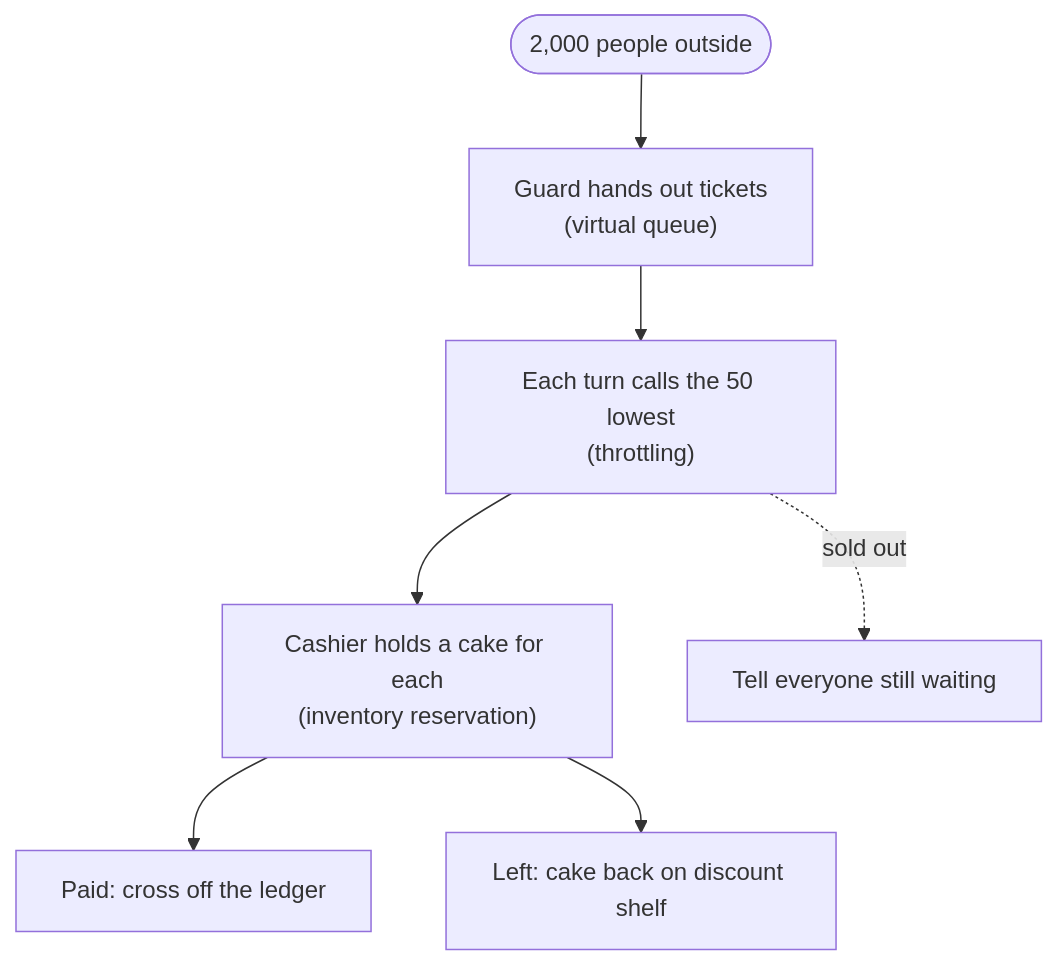
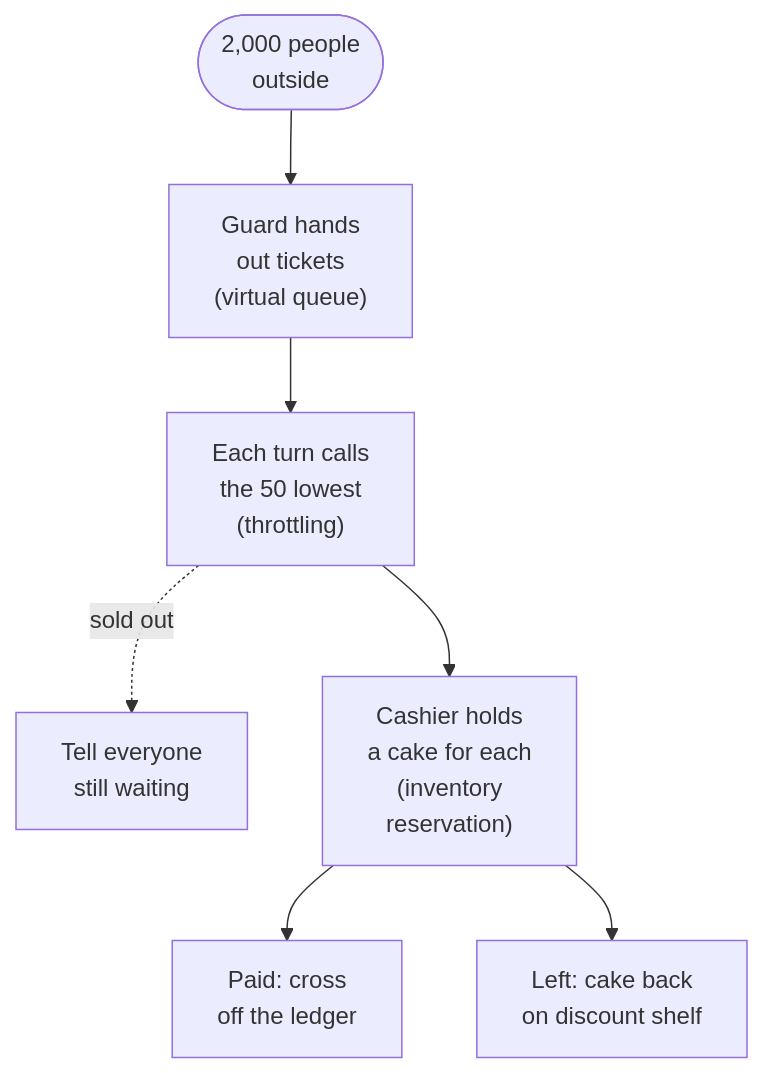
Before and after one commit to duongbui234/software-engineering-atlas: the first of 3 diagrams in content/en/posts/2026-11-21-shopify-flash-sale.md, drawn with Mermaid. The commit also changed other lines of this file and 134 other files, not shown here.

First line of the commit message:
Fit every Mermaid diagram at 390px without sideways scroll (#56)

````diff
--- a/content/en/posts/2026-11-21-shopify-flash-sale.md
+++ b/content/en/posts/2026-11-21-shopify-flash-sale.md
@@ -58,9 +58,9 @@
 ```mermaid
 flowchart TB
-    A(["2,000 people outside"]) --> B["Guard hands out tickets<br/>(virtual queue)"]
-    B --> C["Each turn calls the 50 lowest<br/>(throttling)"]
-    C --> D["Cashier holds a cake for each<br/>(inventory reservation)"]
-    D --> E["Paid: cross off the ledger"]
-    D --> F["Left: cake back on discount shelf"]
-    C -. "sold out" .-> G["Tell everyone still waiting"]
+    A(["2,000 people<br/>outside"]) --> B["Guard hands<br/>out tickets<br/>(virtual queue)"]
+    B --> C["Each turn calls<br/>the 50 lowest<br/>(throttling)"]
+    C -. "sold out" .-> G["Tell everyone<br/>still waiting"]
+    C --> D["Cashier holds<br/>a cake for each<br/>(inventory<br/>reservation)"]
+    D --> E["Paid: cross<br/>off the ledger"]
+    D --> F["Left: cake back<br/>on discount shelf"]
 ```
````
